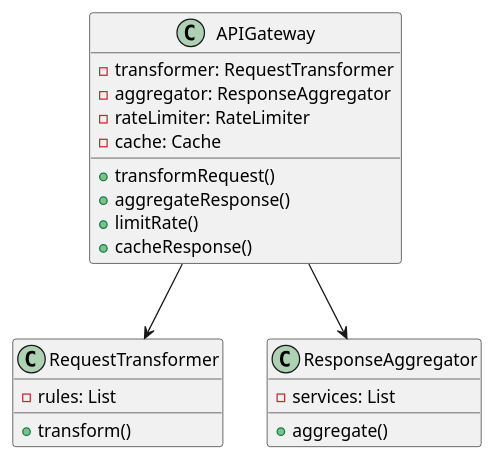
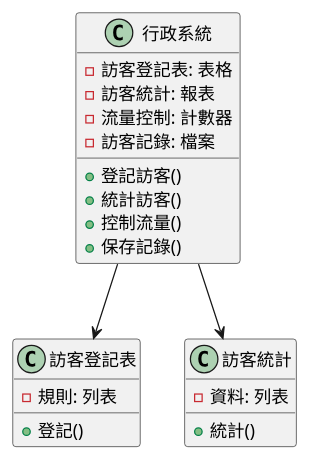
Before and after one commit to fine5351/info-sync: the second of 3 diagrams in doc/learning/architecture/api_gateway_tutorial.md, drawn with PlantUML. The commit also changed other lines of this file and 35 other files, not shown here.

````diff
--- a/doc/learning/architecture/api_gateway_tutorial.md
+++ b/doc/learning/architecture/api_gateway_tutorial.md
@@ -82,27 +81,27 @@
 ```plantuml
 @startuml
-class APIGateway {
-    - transformer: RequestTransformer
-    - aggregator: ResponseAggregator
-    - rateLimiter: RateLimiter
-    - cache: Cache
-    + transformRequest()
-    + aggregateResponse()
-    + limitRate()
-    + cacheResponse()
+class 行政系統 {
+    - 訪客登記表: 表格
+    - 訪客統計: 報表
+    - 流量控制: 計數器
+    - 訪客記錄: 檔案
+    + 登記訪客()
+    + 統計訪客()
+    + 控制流量()
+    + 保存記錄()
 }
 
-class RequestTransformer {
-    - rules: List
-    + transform()
+class 訪客登記表 {
+    - 規則: 列表
+    + 登記()
 }
 
-class ResponseAggregator {
-    - services: List
-    + aggregate()
+class 訪客統計 {
+    - 資料: 列表
+    + 統計()
 }
 
-APIGateway --> RequestTransformer
-APIGateway --> ResponseAggregator
+行政系統 --> 訪客登記表
+行政系統 --> 訪客統計
 @enduml
 ```
````
